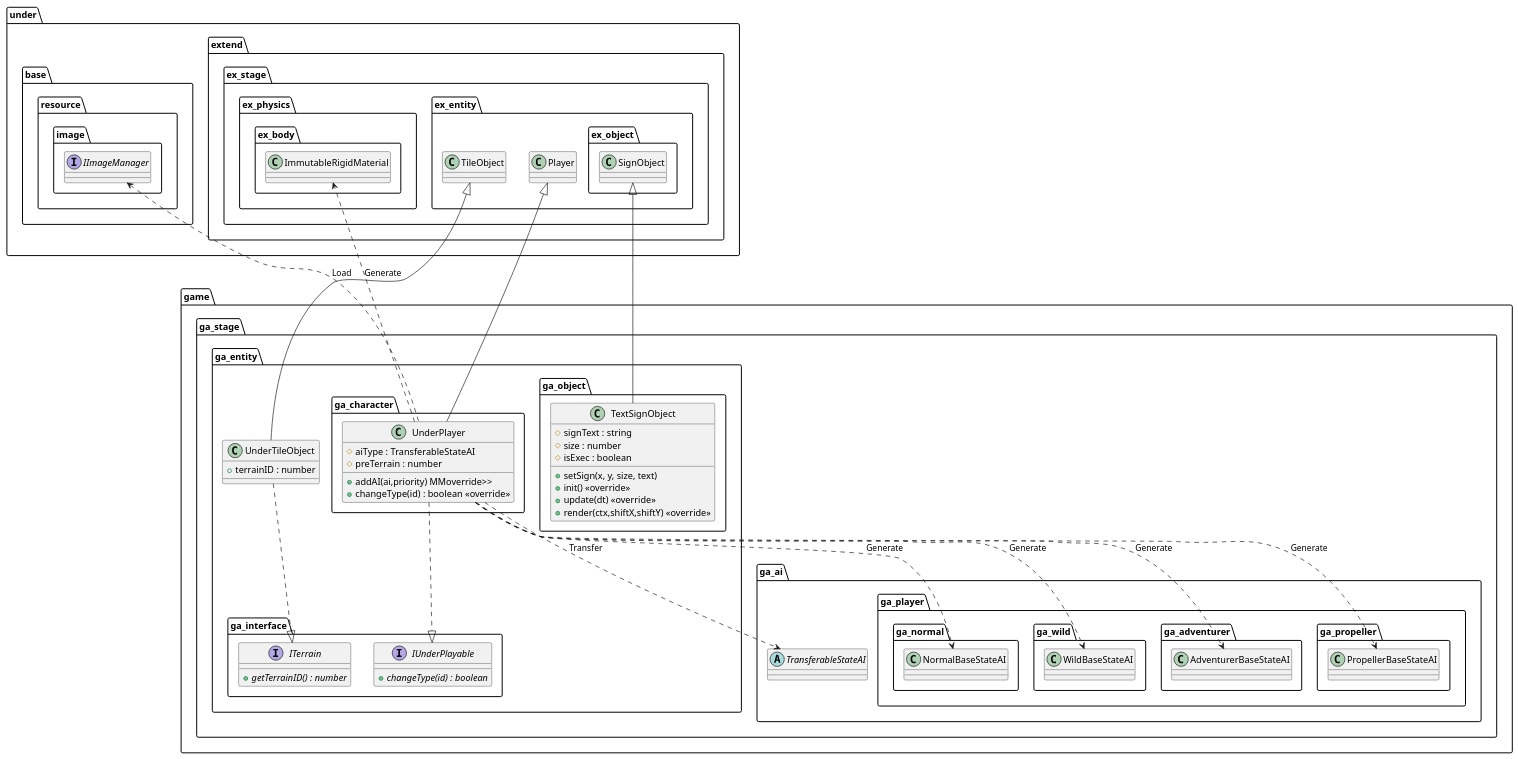
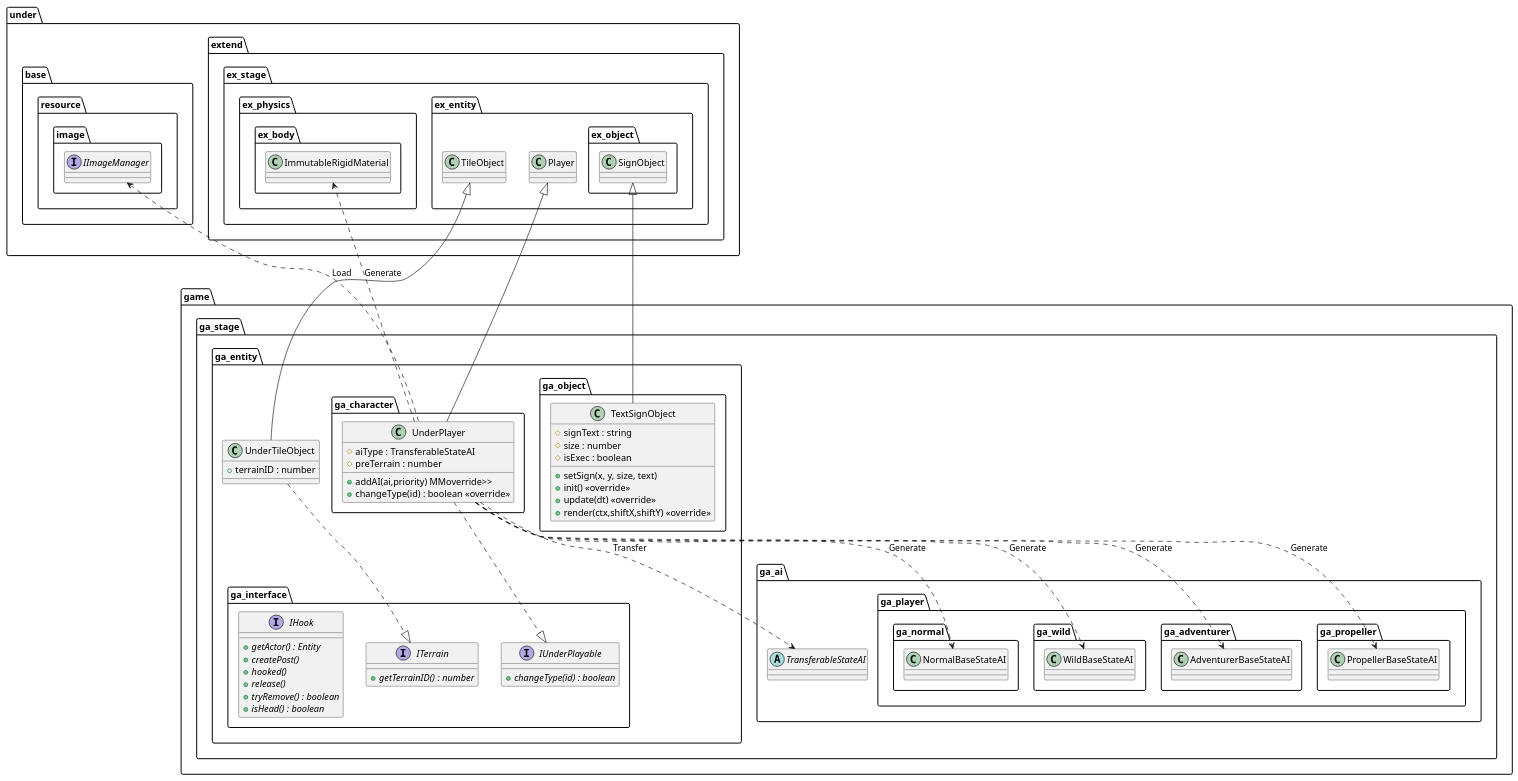
Before and after one commit to Expine/Under: the diagram in uml/entity/Game.wsd, drawn with PlantUML. The commit also changed 58 other files, not shown here.

Commit message:
Abstract owned entity and generating attack object

```diff
--- a/uml/entity/Game.wsd
+++ b/uml/entity/Game.wsd
@@ -1,101 +1,109 @@
 @startuml EntityGame
 package game {
     package ga_stage {
         package ga_entity {
             class UnderTileObject {
                 +terrainID : number
             }
             package ga_character {
                 class UnderPlayer {
                     #aiType : TransferableStateAI
                     #preTerrain : number
                     +addAI(ai,priority) MMoverride>>
                     +changeType(id) : boolean <<override>>
                 }
             }
             package ga_object {
                 class TextSignObject {
                     #signText : string
                     #size : number
                     #isExec : boolean
                     +setSign(x, y, size, text)
                     +init() <<override>>
                     +update(dt) <<override>>
                     +render(ctx,shiftX,shiftY) <<override>>
                 }
             }
             package ga_interface {
                 interface ITerrain {
                     {abstract} +getTerrainID() : number
                 }
                 interface IUnderPlayable {
                     {abstract} +changeType(id) : boolean
+                }
+                interface IHook {
+                    {abstract} +getActor() : Entity
+                    {abstract} +createPost()
+                    {abstract} +hooked()
+                    {abstract} +release()
+                    {abstract} +tryRemove() : boolean
+                    {abstract} +isHead() : boolean
                 }
             }
         }
     }
 }
 
 package under {
     package base {
         package resource {
             package image {
                 interface IImageManager
             }
         }
     }
     package extend {
         package ex_stage {
             package ex_entity {
                 class TileObject
                 class Player
                 package ex_object {
                     class SignObject
                 }
             }
             package ex_physics {
                 package ex_body {
                     class ImmutableRigidMaterial
                 }
             }
         }
     }
 }
 package game {
     package ga_stage {
         package ga_ai {
             abstract TransferableStateAI
             package ga_player {
                 package ga_normal {
                     class NormalBaseStateAI
                 }
                 package ga_wild {
                     class WildBaseStateAI
                 }
                 package ga_adventurer {
                     class AdventurerBaseStateAI
                 }
                 package ga_propeller {
                     class PropellerBaseStateAI
                 }
             }
         }
     }
 }
 
 UnderPlayer ..> WildBaseStateAI : Generate
 UnderPlayer ..> NormalBaseStateAI : Generate
 UnderPlayer ..> AdventurerBaseStateAI : Generate
 UnderPlayer ..> PropellerBaseStateAI : Generate
 UnderPlayer ..> ImmutableRigidMaterial : Generate
 UnderPlayer ..> TransferableStateAI : Transfer
 IImageManager <.. UnderPlayer : Load
 
 Player <|-- UnderPlayer
 UnderPlayer ..|> IUnderPlayable
 TileObject <|-- UnderTileObject
 UnderTileObject ..|> ITerrain
 
 SignObject <|-- TextSignObject
 
 @enduml
```
